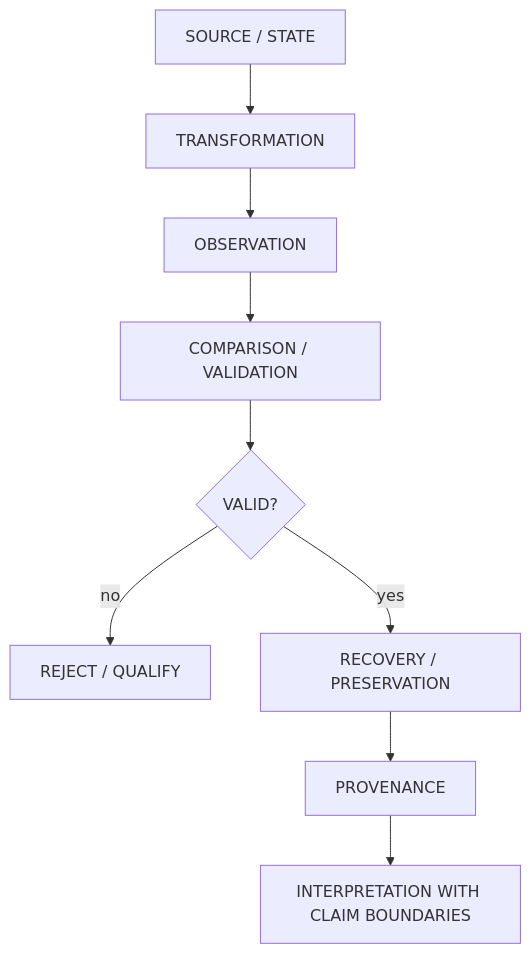
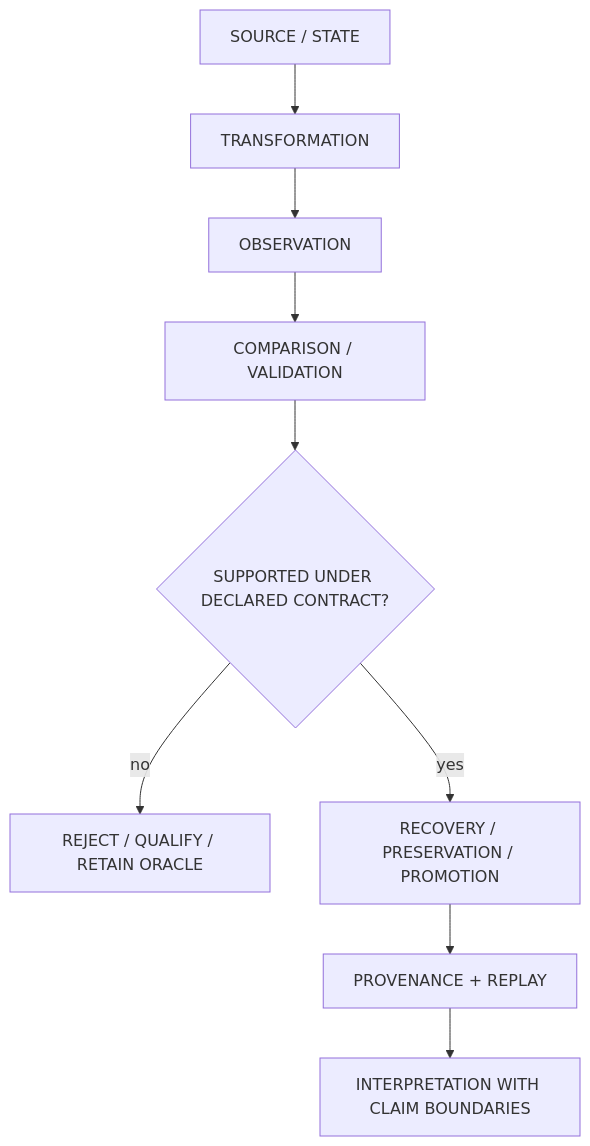
The diagram in figures/research-architecture.md (QSOLKCB/QSOL-SYNTHESIS), drawn with Mermaid before and after one commit. The commit also changed other lines of this file and 89 other files, not shown here.

````diff
--- a/figures/research-architecture.md
+++ b/figures/research-architecture.md
@@ -3,11 +3,11 @@
-```mermaid
+~~~mermaid
 flowchart TD
   A[SOURCE / STATE] --> B[TRANSFORMATION]
   B --> C[OBSERVATION]
   C --> D[COMPARISON / VALIDATION]
-  D --> E{VALID?}
-  E -- no --> F[REJECT / QUALIFY]
-  E -- yes --> G[RECOVERY / PRESERVATION]
-  G --> H[PROVENANCE]
+  D --> E{SUPPORTED UNDER DECLARED CONTRACT?}
+  E -- no --> F[REJECT / QUALIFY / RETAIN ORACLE]
+  E -- yes --> G[RECOVERY / PRESERVATION / PROMOTION]
+  G --> H[PROVENANCE + REPLAY]
   H --> I[INTERPRETATION WITH CLAIM BOUNDARIES]
-```
+~~~
````
